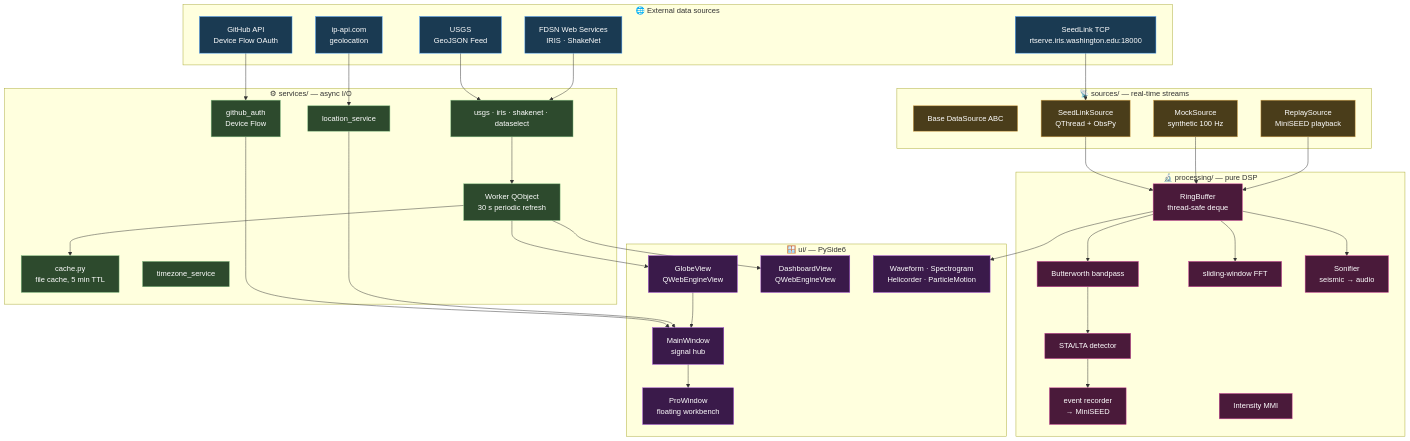
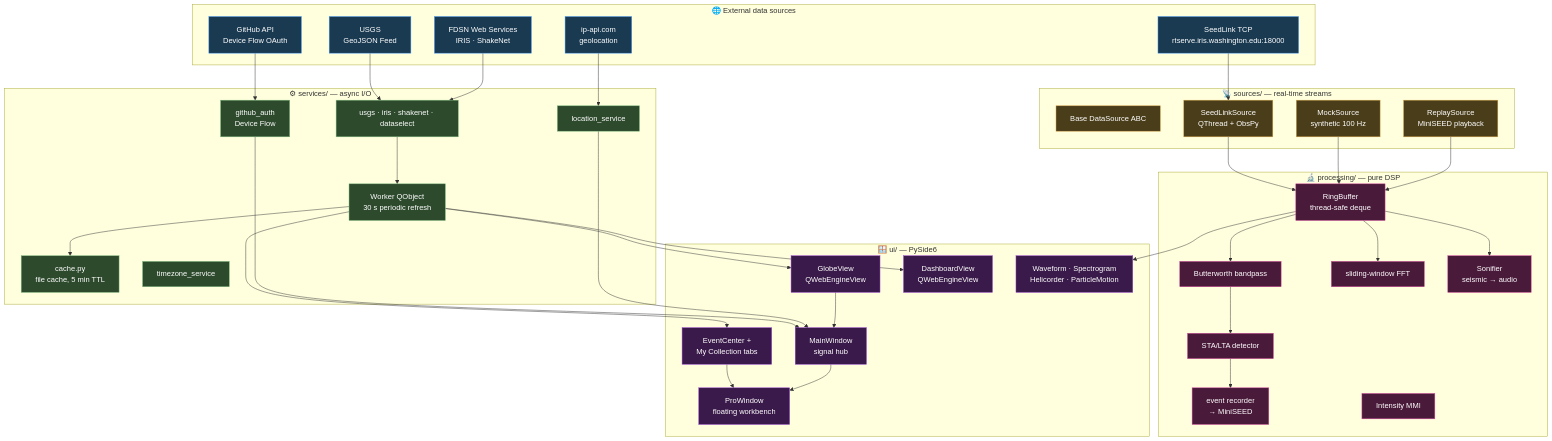
Before and after one commit to yiaogit/seismic-shakevision: the first of 5 diagrams in README.en.md, drawn with Mermaid. The commit also changed other lines of this file and 3 other files, not shown here.

Commit message:
docs: 完善 README(0.8 流程/多显示器+FAQ/STA-LTA 状态图/计数修正)

````diff
--- a/README.en.md
+++ b/README.en.md
@@ -198,74 +226,77 @@
 ```mermaid
 graph TB
     subgraph external[" 🌐 External data sources"]
         USGS[USGS<br/>GeoJSON Feed]
         FDSN[FDSN Web Services<br/>IRIS · ShakeNet]
         SL[SeedLink TCP<br/>rtserve.iris.washington.edu:18000]
         GH[GitHub API<br/>Device Flow OAuth]
         IP[ip-api.com<br/>geolocation]
     end
 
     subgraph services[" ⚙ services/ — async I/O"]
         Worker[Worker QObject<br/>30 s periodic refresh]
         Clients[usgs · iris · shakenet · dataselect]
         Cache[cache.py<br/>file cache, 5 min TTL]
         Auth[github_auth<br/>Device Flow]
         TZ[timezone_service]
         Loc[location_service]
     end
 
     subgraph sources[" 📡 sources/ — real-time streams"]
         Base[Base DataSource ABC]
         Seedlink[SeedLinkSource<br/>QThread + ObsPy]
         Replay[ReplaySource<br/>MiniSEED playback]
         Mock[MockSource<br/>synthetic 100 Hz]
     end
 
     subgraph proc[" 🔬 processing/ — pure DSP"]
         Buffer[RingBuffer<br/>thread-safe deque]
         Filter[Butterworth bandpass]
         Detect[STA/LTA detector]
         Spec[sliding-window FFT]
         Rec[event recorder<br/>→ MiniSEED]
         Son[Sonifier<br/>seismic → audio]
         Int[Intensity MMI]
     end
 
     subgraph ui[" 🪟 ui/ — PySide6"]
         Main[MainWindow<br/>signal hub]
         Globe[GlobeView<br/>QWebEngineView]
         Dash[DashboardView<br/>QWebEngineView]
         Pro[ProWindow<br/>floating workbench]
+        Events[EventCenter +<br/>My Collection tabs]
         Widgets[Waveform · Spectrogram<br/>Helicorder · ParticleMotion]
     end
 
     USGS --> Clients --> Worker
     FDSN --> Clients
     Worker --> Cache
     Worker --> Globe
     Worker --> Dash
+    Worker --> Events
+    Events --> Pro
 
     SL --> Seedlink --> Buffer
     Mock --> Buffer
     Replay --> Buffer
 
     Buffer --> Filter --> Detect --> Rec
     Buffer --> Spec
     Buffer --> Son
     Buffer --> Widgets
 
     GH --> Auth --> Main
     IP --> Loc --> Main
     Globe --> Main --> Pro
 
     classDef ext fill:#1a3a52,stroke:#4a9eff,color:#fff
     classDef svc fill:#2d4a2d,stroke:#7fbb7f,color:#fff
     classDef src fill:#4a3d1a,stroke:#d4a043,color:#fff
     classDef ds fill:#4a1a3a,stroke:#d44a9e,color:#fff
     classDef uic fill:#3a1a4a,stroke:#9e4ad4,color:#fff
     class USGS,FDSN,SL,GH,IP ext
     class Worker,Clients,Cache,Auth,TZ,Loc svc
     class Base,Seedlink,Replay,Mock src
     class Buffer,Filter,Detect,Spec,Rec,Son,Int ds
-    class Main,Globe,Dash,Pro,Widgets uic
+    class Main,Globe,Dash,Pro,Events,Widgets uic
 ```
````
